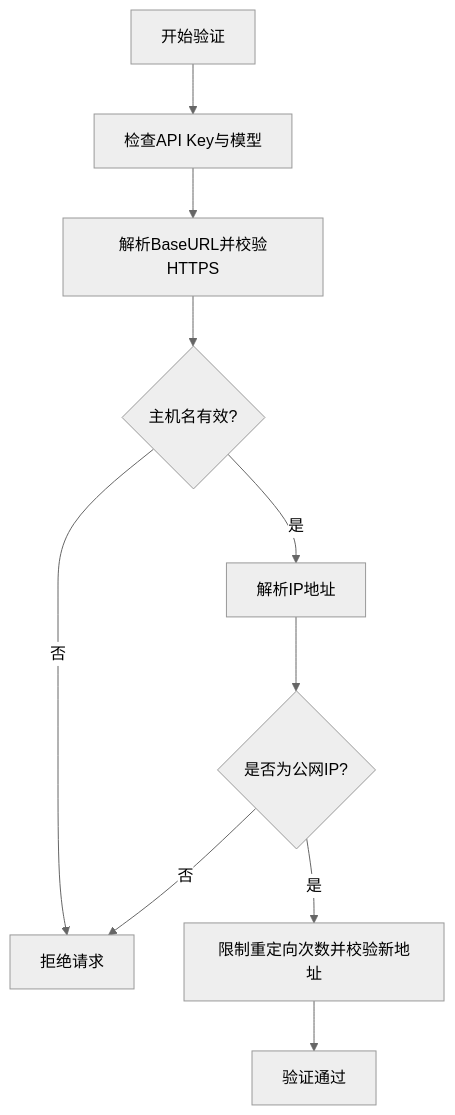
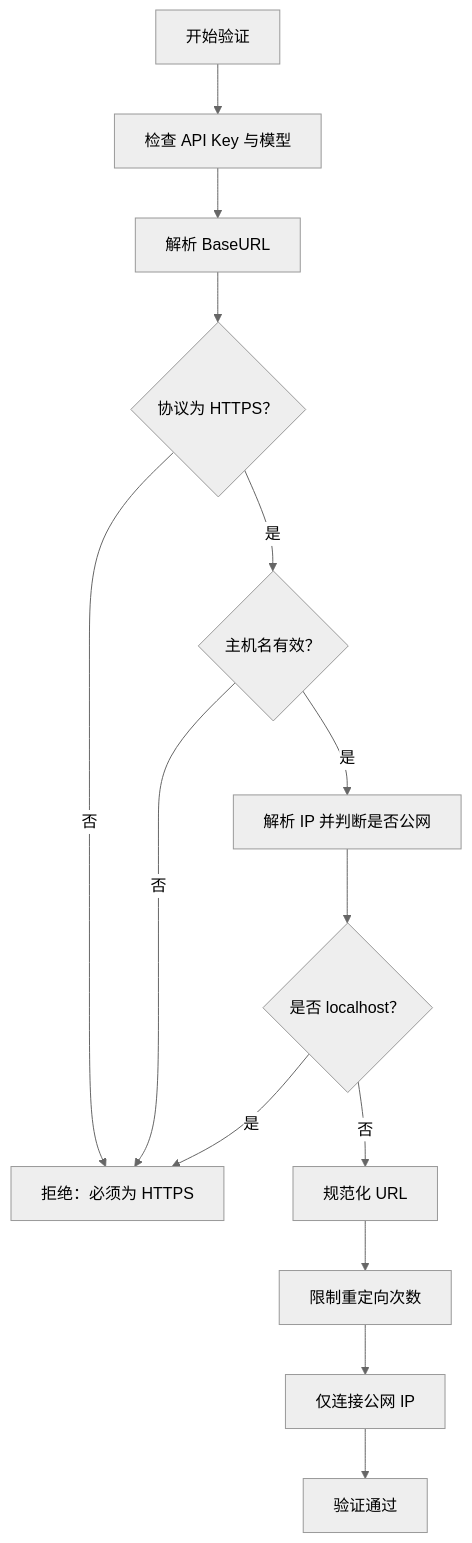
Before and after one commit to alvinwangzi/goodhr: the fourth of 8 diagrams in .qoder/repowiki/zh/content/云端后端服务/候选人处理系统/AI匹配评分/AI配置管理.md, drawn with Mermaid (neutral theme). The commit also changed other lines of this file and 149 other files, not shown here.

````diff
--- a/.qoder/repowiki/zh/content/云端后端服务/候选人处理系统/AI匹配评分/AI配置管理.md
+++ b/.qoder/repowiki/zh/content/云端后端服务/候选人处理系统/AI匹配评分/AI配置管理.md
@@ -161,12 +154,16 @@
 ```mermaid
 flowchart TD
-VStart["开始验证"] --> CheckKey["检查API Key与模型"]
-CheckKey --> URLCheck["解析BaseURL并校验HTTPS"]
-URLCheck --> Hostname{"主机名有效?"}
-Hostname --> |否| Reject["拒绝请求"]
-Hostname --> |是| Resolve["解析IP地址"]
-Resolve --> IPCheck{"是否为公网IP?"}
-IPCheck --> |否| Reject
-IPCheck --> |是| RedirectCheck["限制重定向次数并校验新地址"]
-RedirectCheck --> Pass["验证通过"]
+VStart["开始验证"] --> CheckKey["检查 API Key 与模型"]
+CheckKey --> ParseURL["解析 BaseURL"]
+ParseURL --> SchemeCheck{"协议为 HTTPS？"}
+SchemeCheck -- 否 --> Reject["拒绝：必须为 HTTPS"]
+SchemeCheck -- 是 --> HostCheck{"主机名有效？"}
+HostCheck -- 否 --> Reject
+HostCheck -- 是 --> IPCheck["解析 IP 并判断是否公网"]
+IPCheck --> Localhost{"是否 localhost？"}
+Localhost -- 是 --> Reject
+Localhost -- 否 --> Normalize["规范化 URL"]
+Normalize --> RedirectLimit["限制重定向次数"]
+RedirectLimit --> DialPublic["仅连接公网 IP"]
+DialPublic --> VEnd["验证通过"]
 ```
````
